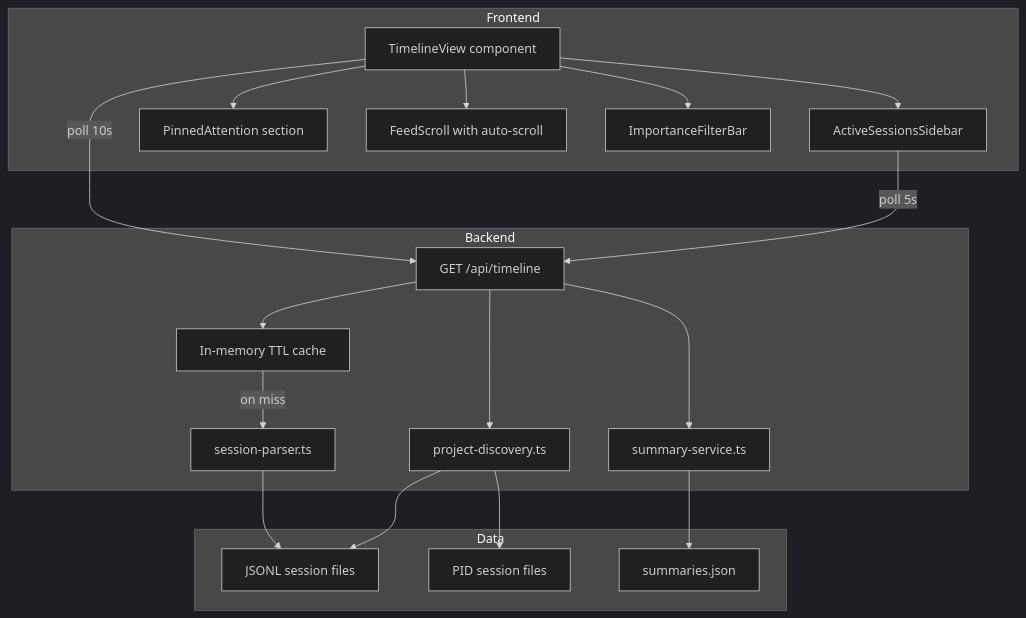
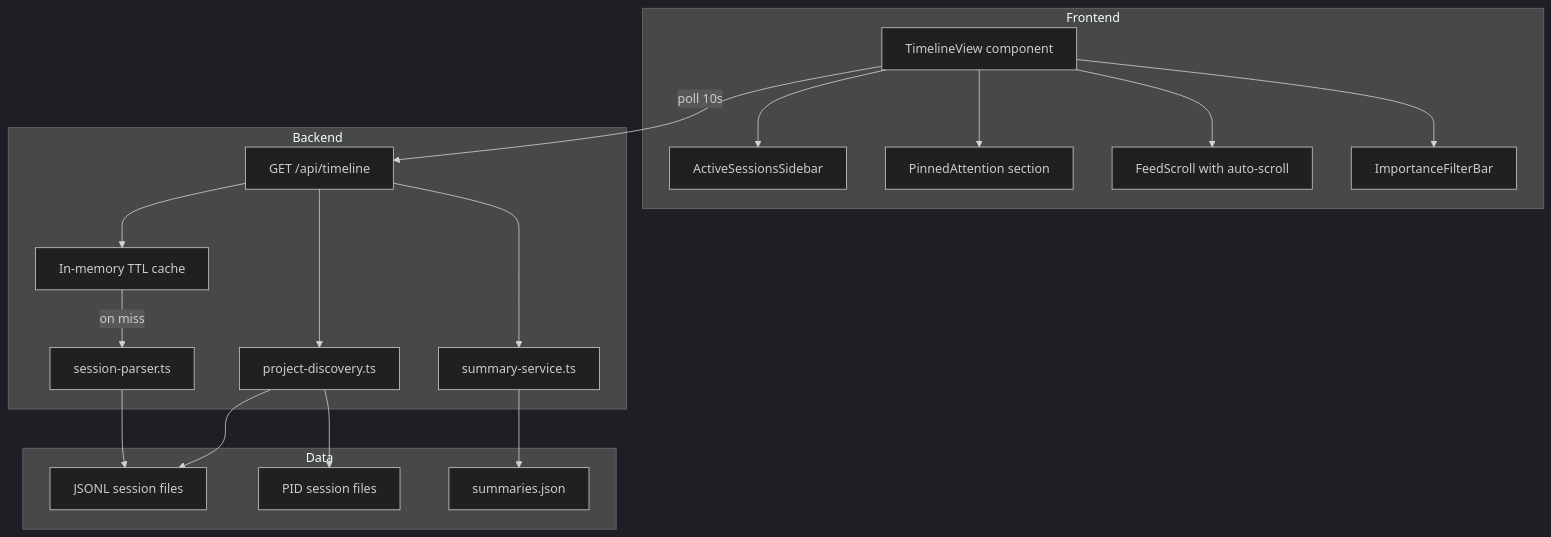
The first of 4 diagrams in .kiro/specs/timeline/design.md (TETRA2000/cc-session-manager), drawn with Mermaid (dark theme) before and after one commit. The commit also changed other lines of this file and 2 other files, not shown here.

First line of the commit message:
Apply design review fixes: unfiltered cache + single poll interval

````diff
--- a/.kiro/specs/timeline/design.md
+++ b/.kiro/specs/timeline/design.md
@@ -37,42 +37,41 @@
 ```mermaid
 graph TB
     subgraph Frontend
         TimelineView[TimelineView component]
         Sidebar[ActiveSessionsSidebar]
         PinnedSection[PinnedAttention section]
         FeedScroll[FeedScroll with auto-scroll]
         FilterBar[ImportanceFilterBar]
     end
 
     subgraph Backend
         TimelineRoute[GET /api/timeline]
         TimelineCache[In-memory TTL cache]
         SessionParser[session-parser.ts]
         ProjectDiscovery[project-discovery.ts]
         SummaryService[summary-service.ts]
     end
 
     subgraph Data
         JSONL[JSONL session files]
         ActiveSessions[PID session files]
         SummaryCache[summaries.json]
     end
 
     TimelineView --> Sidebar
     TimelineView --> PinnedSection
     TimelineView --> FeedScroll
     TimelineView --> FilterBar
 
     TimelineView -->|poll 10s| TimelineRoute
-    Sidebar -->|poll 5s| TimelineRoute
 
     TimelineRoute --> TimelineCache
     TimelineCache -->|on miss| SessionParser
     TimelineRoute --> ProjectDiscovery
     TimelineRoute --> SummaryService
 
     SessionParser --> JSONL
     ProjectDiscovery --> JSONL
     ProjectDiscovery --> ActiveSessions
     SummaryService --> SummaryCache
 ```
````
